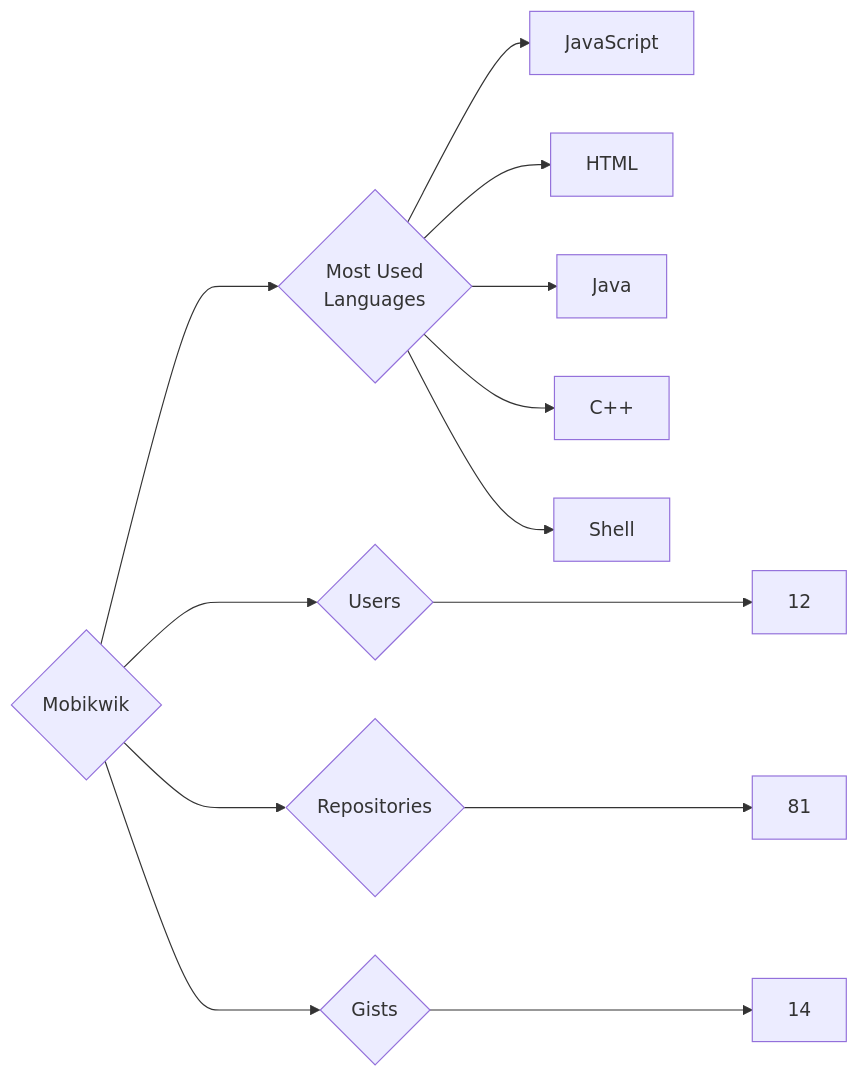
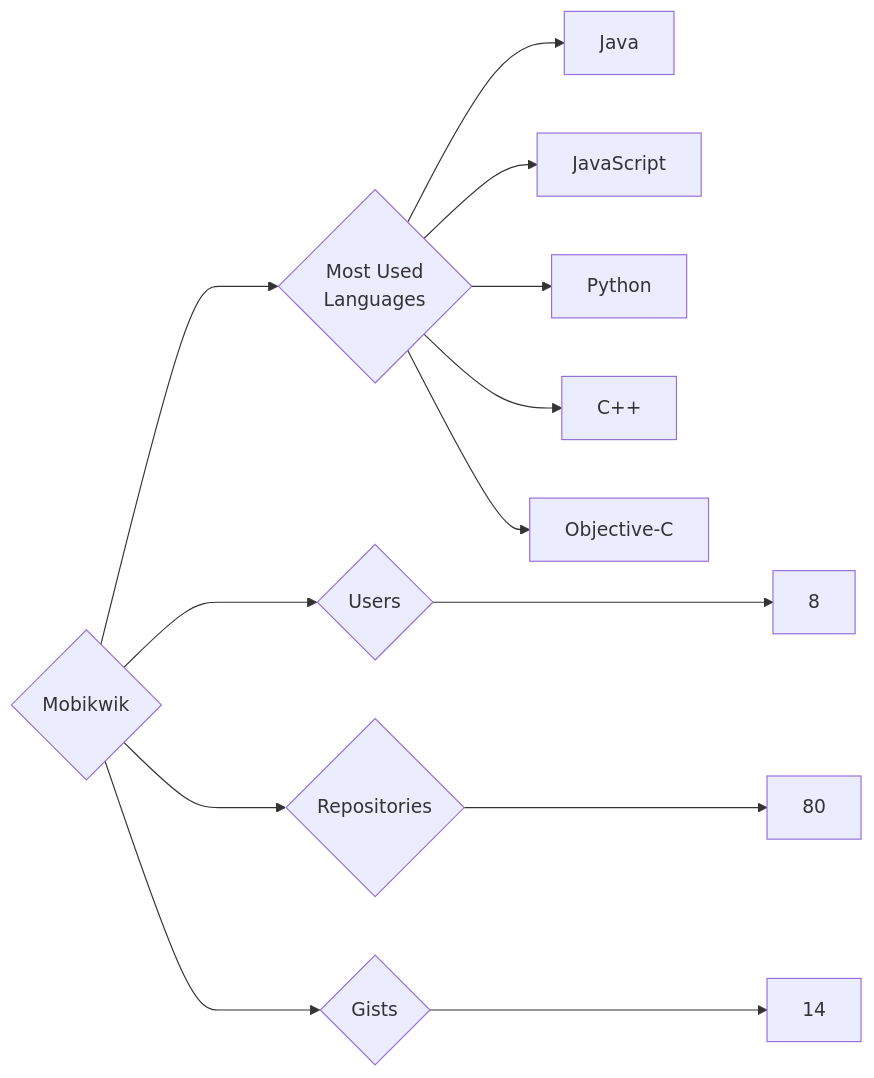
The diagram in targets/Mobikwik/README.md (trickest/insiders), drawn with Mermaid before and after one commit. The commit also changed 1389 other files, not shown here.

````diff
--- a/targets/Mobikwik/README.md
+++ b/targets/Mobikwik/README.md
@@ -3,13 +3,13 @@
 ```mermaid
 graph LR
 COMPANY_NAME{Mobikwik}
-COMPANY_NAME ---> U{Users} ---> UN[12]
-COMPANY_NAME ---> R{Repositories} ---> RN[81]
+COMPANY_NAME ---> U{Users} ---> UN[8]
+COMPANY_NAME ---> R{Repositories} ---> RN[80]
 COMPANY_NAME ---> G{Gists} ---> GN[14]
 COMPANY_NAME ---> ML{Most Used<br>Languages}
+ML --> Java[Java]
 ML --> JavaScript[JavaScript]
-ML --> HTML[HTML]
-ML --> Java[Java]
+ML --> Python[Python]
 ML --> C++[C++]
-ML --> Shell[Shell]
+ML --> Objective-C[Objective-C]
 ```
````
